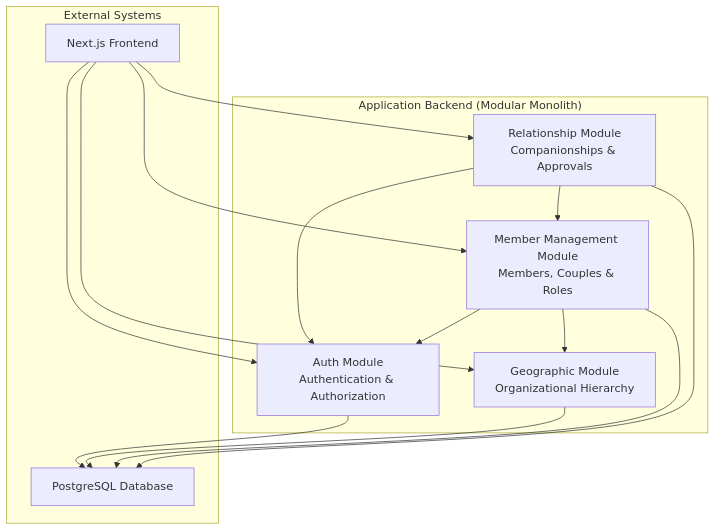
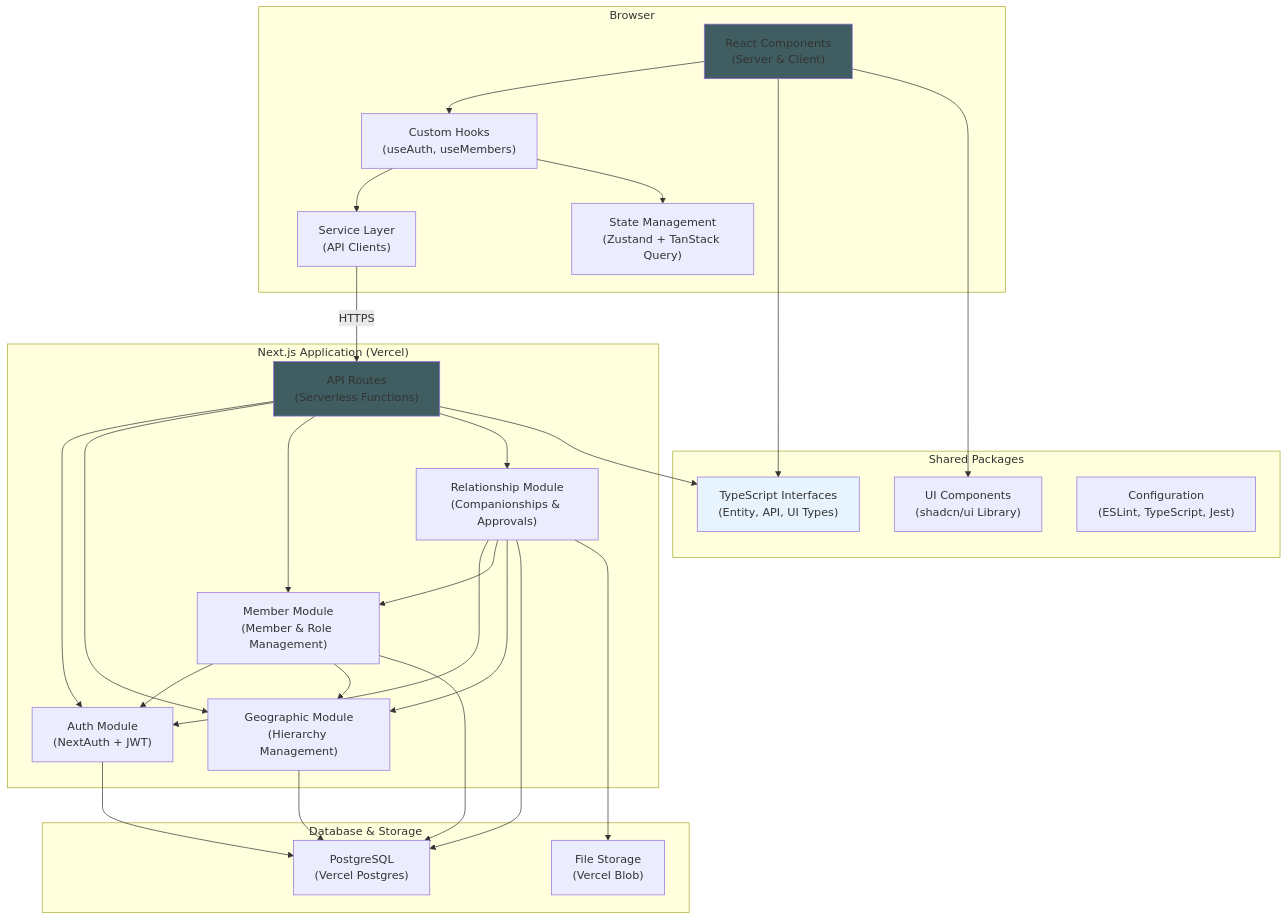
The second of 15 diagrams in docs/architecture.md (greg-latuszek/emma-companionship), drawn with Mermaid before and after one commit. The commit also changed other lines of this file, not shown here.

Commit message:
updates to Components section required by fullstack template - frontend & FE<->BE integration patterns

````diff
--- a/docs/architecture.md
+++ b/docs/architecture.md
@@ -1443,29 +1632,57 @@
 ```mermaid
 graph TD
-    subgraph "Application Backend (Modular Monolith)"
-        A["Auth Module<br/>Authentication & Authorization"]
-        G["Geographic Module<br/>Organizational Hierarchy"]
-        M["Member Management Module<br/>Members, Couples & Roles"]
-        R["Relationship Module<br/>Companionships & Approvals"]
+    subgraph "Browser"
+        A["React Components<br/>(Server & Client)"]
+        B["Custom Hooks<br/>(useAuth, useMembers)"]
+        C["Service Layer<br/>(API Clients)"]
+        D["State Management<br/>(Zustand + TanStack Query)"]
         
-        R --> M
-        R --> A
-        M --> A
-        M --> G
+        A --> B
+        B --> C
+        B --> D
     end
     
-    subgraph "External Systems"
-        DB["PostgreSQL Database"]
-        UI["Next.js Frontend"]
+    subgraph "Next.js Application (Vercel)"
+        E["API Routes<br/>(Serverless Functions)"]
+        F["Auth Module<br/>(NextAuth + JWT)"]
+        G["Geographic Module<br/>(Hierarchy Management)"]
+        H["Member Module<br/>(Member & Role Management)"]
+        I["Relationship Module<br/>(Companionships & Approvals)"]
+        
+        E --> F
+        E --> G
+        E --> H
+        E --> I
+        
+        H --> F
+        H --> G
+        I --> F
+        I --> H
+        I --> G
     end
     
-    A --> DB
-    G --> DB
-    M --> DB
-    R --> DB
+    subgraph "Shared Packages"
+        J["TypeScript Interfaces<br/>(Entity, API, UI Types)"]
+        K["UI Components<br/>(shadcn/ui Library)"]
+        L["Configuration<br/>(ESLint, TypeScript, Jest)"]
+    end
     
-    UI --> A
-    UI --> G
-    UI --> M
-    UI --> R
+    subgraph "Database & Storage"
+        M["PostgreSQL<br/>(Vercel Postgres)"]
+        N["File Storage<br/>(Vercel Blob)"]
+    end
+    
+    C -- HTTPS --> E
+    A --> J
+    A --> K
+    E --> J
+    F --> M
+    G --> M
+    H --> M
+    I --> M
+    I --> N
+    
+    style A fill:#405E61
+    style E fill:#405E61
+    style J fill:#E8F4FD
 ```
````
